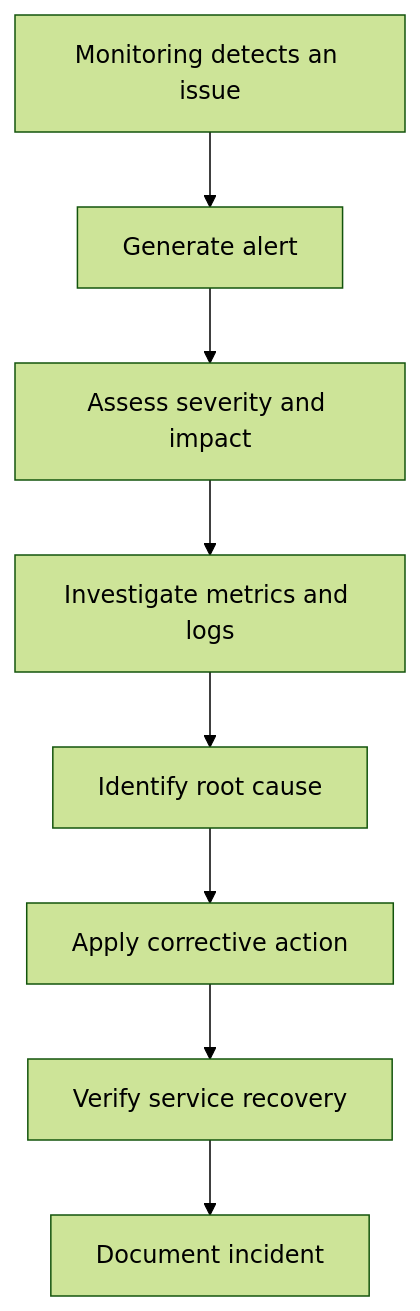
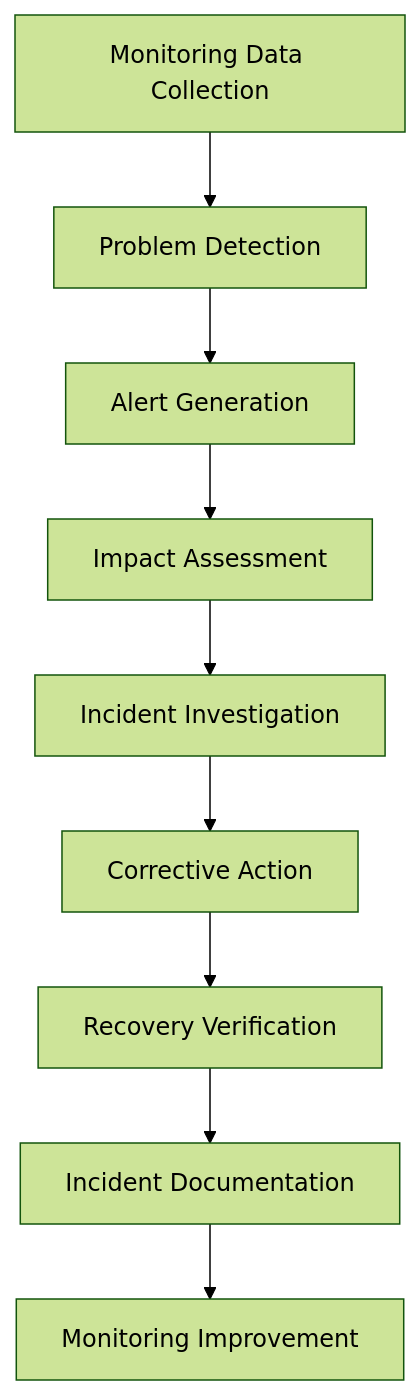
Before and after one commit to elahegivi/enterprise-infrastructure-monitoring: the diagram in docs/monitoring-dashboards-alerting.md, drawn with Mermaid (forest theme). The commit also changed other lines of this file, not shown here.

Commit message:
Refine monitoring dashboards and alerting documentation

````diff
--- a/docs/monitoring-dashboards-alerting.md
+++ b/docs/monitoring-dashboards-alerting.md
@@ -165,13 +253,14 @@
 ```mermaid
 flowchart TD
-    A[Monitoring detects an issue]
-    B[Generate alert]
-    C[Assess severity and impact]
-    D[Investigate metrics and logs]
-    E[Identify root cause]
-    F[Apply corrective action]
-    G[Verify service recovery]
-    H[Document incident]
+    A["Monitoring Data Collection"]
+    B["Problem Detection"]
+    C["Alert Generation"]
+    D["Impact Assessment"]
+    E["Incident Investigation"]
+    F["Corrective Action"]
+    G["Recovery Verification"]
+    H["Incident Documentation"]
+    I["Monitoring Improvement"]
 
-    A --> B --> C --> D --> E --> F --> G --> H
+    A --> B --> C --> D --> E --> F --> G --> H --> I
 ```
````
